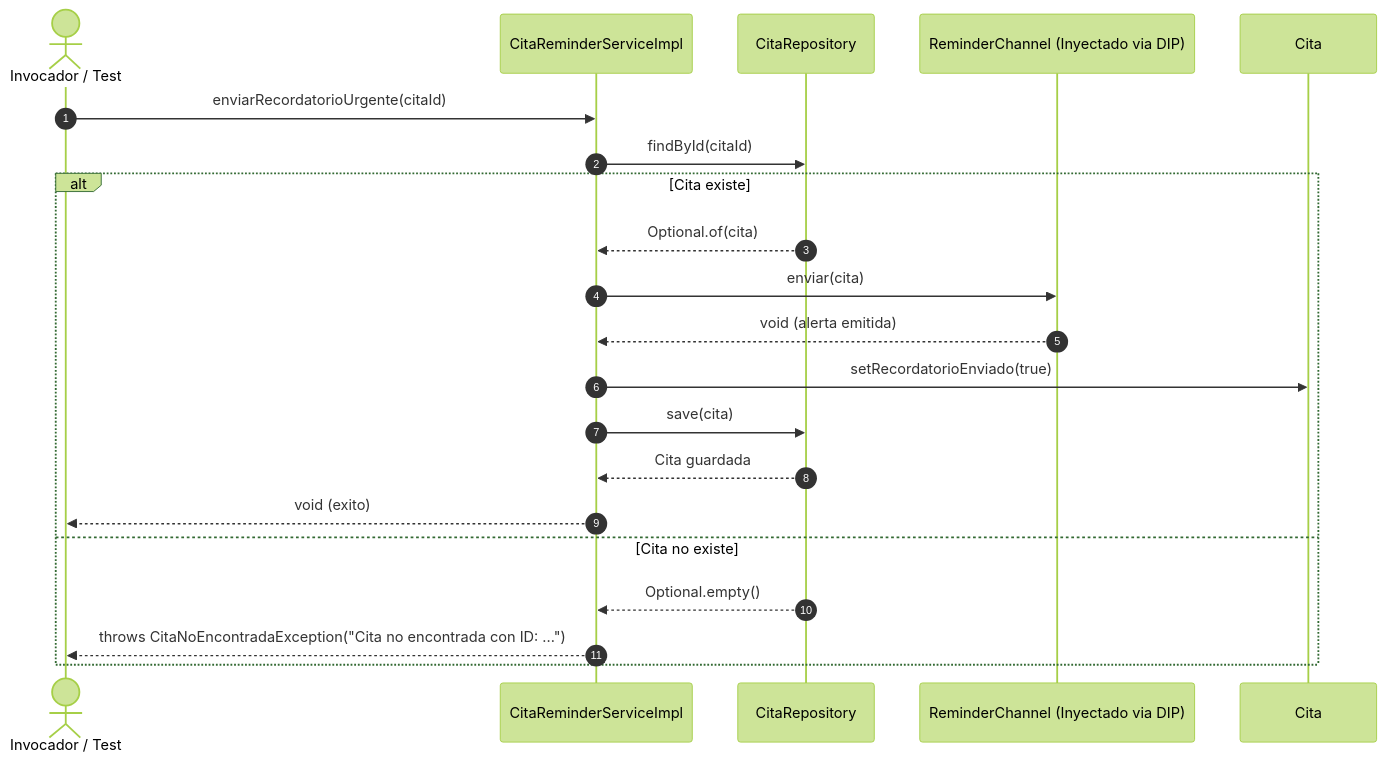
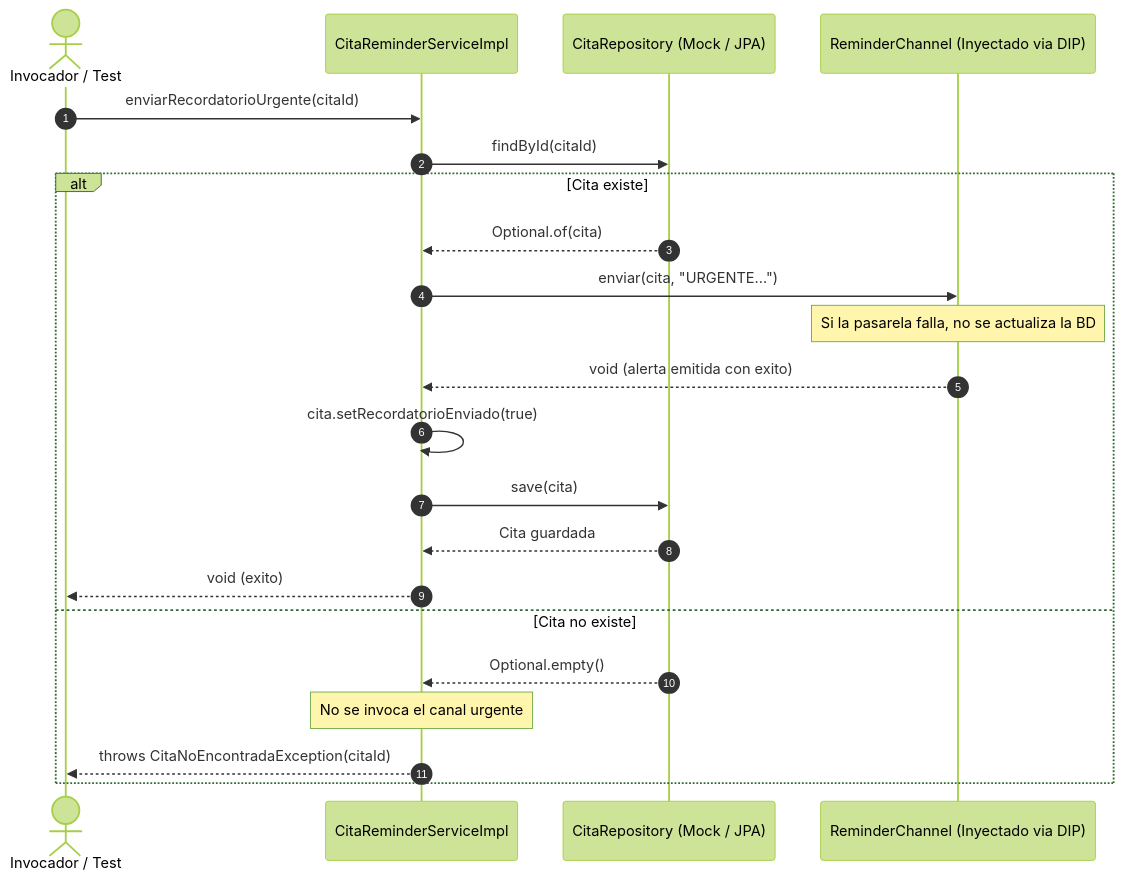
The third of 3 diagrams in README.md (nicolaspalacio-bit/palacio-post1-u9), drawn with Mermaid (forest theme) before and after one commit. The commit also changed other lines of this file and 6 other files, not shown here.

````diff
--- a/README.md
+++ b/README.md
@@ -128,23 +128,25 @@
 ```mermaid
 sequenceDiagram
     autonumber
     actor Cliente as Invocador / Test
     participant Service as CitaReminderServiceImpl
-    participant Repo as CitaRepository
+    participant Repo as CitaRepository (Mock / JPA)
     participant UrgentChannel as ReminderChannel (Inyectado via DIP)
 
     Cliente->>Service: enviarRecordatorioUrgente(citaId)
     Service->>Repo: findById(citaId)
     alt Cita existe
         Repo-->>Service: Optional.of(cita)
-        Service->>UrgentChannel: enviar(cita)
-        UrgentChannel-->>Service: void (alerta emitida)
-        Service->>Cita: setRecordatorioEnviado(true)
+        Service->>UrgentChannel: enviar(cita, "URGENTE...")
+        Note over UrgentChannel: Si la pasarela falla, no se actualiza la BD
+        UrgentChannel-->>Service: void (alerta emitida con exito)
+        Service->>Service: cita.setRecordatorioEnviado(true)
         Service->>Repo: save(cita)
         Repo-->>Service: Cita guardada
         Service-->>Cliente: void (exito)
     else Cita no existe
         Repo-->>Service: Optional.empty()
-        Service-->>Cliente: throws CitaNoEncontradaException("Cita no encontrada con ID: ...")
+        Note over Service: No se invoca el canal urgente
+        Service-->>Cliente: throws CitaNoEncontradaException(citaId)
     end
 ```
````
